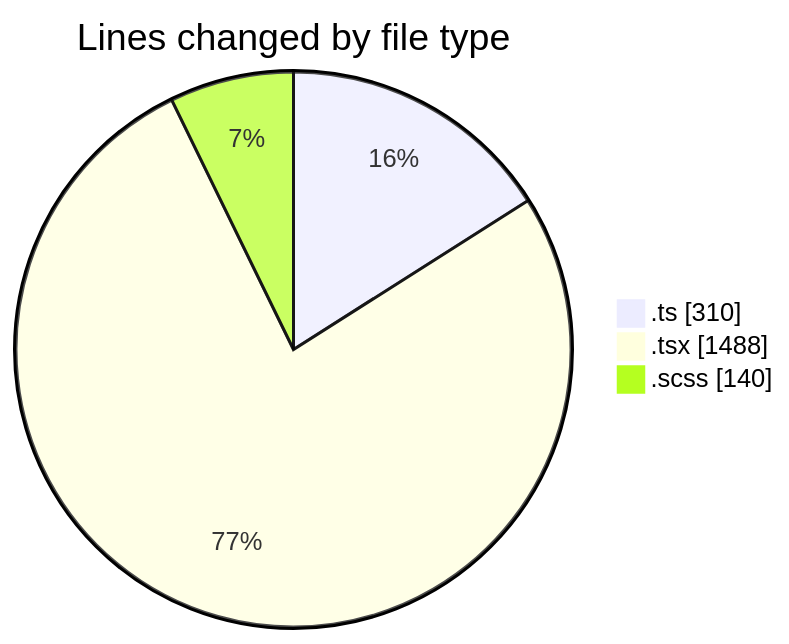
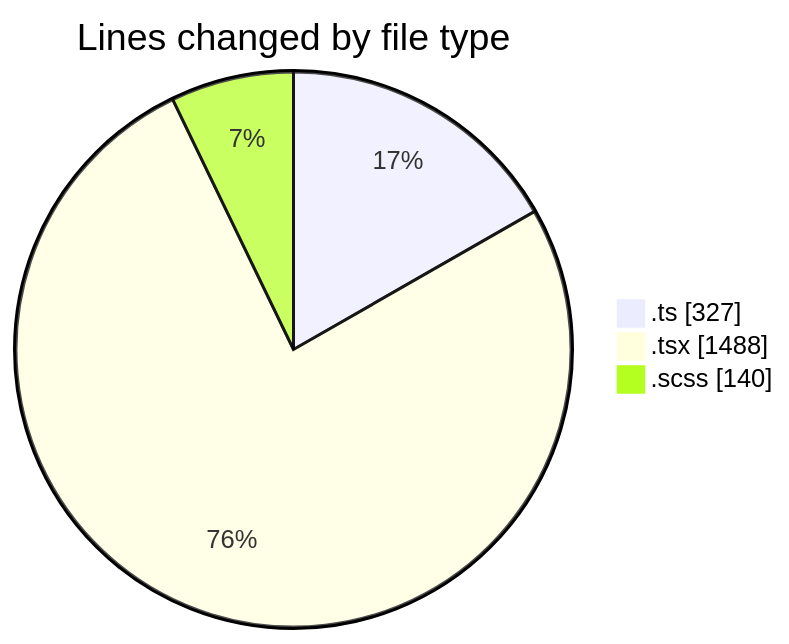
Before and after one commit to momahboobian/code-tracking: the first of 2 diagrams in 2026-09-09/cda/README.md, drawn with Mermaid. The commit also changed other lines of this file and 1 other file, not shown here.

````diff
--- a/2026-09-09/cda/README.md
+++ b/2026-09-09/cda/README.md
@@ -37,7 +38,7 @@
 ```mermaid
 pie showData
 title Lines changed by file type
-".ts" : 310
+".ts" : 327
 ".tsx" : 1488
 ".scss" : 140
 ```
````
